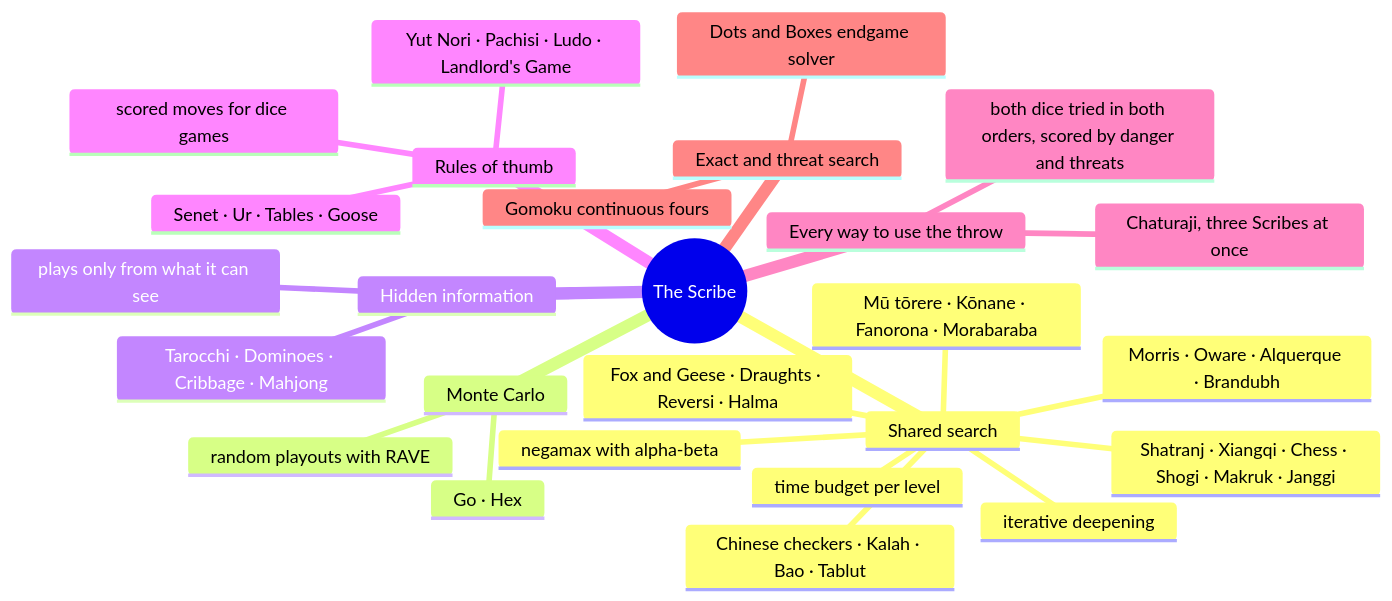
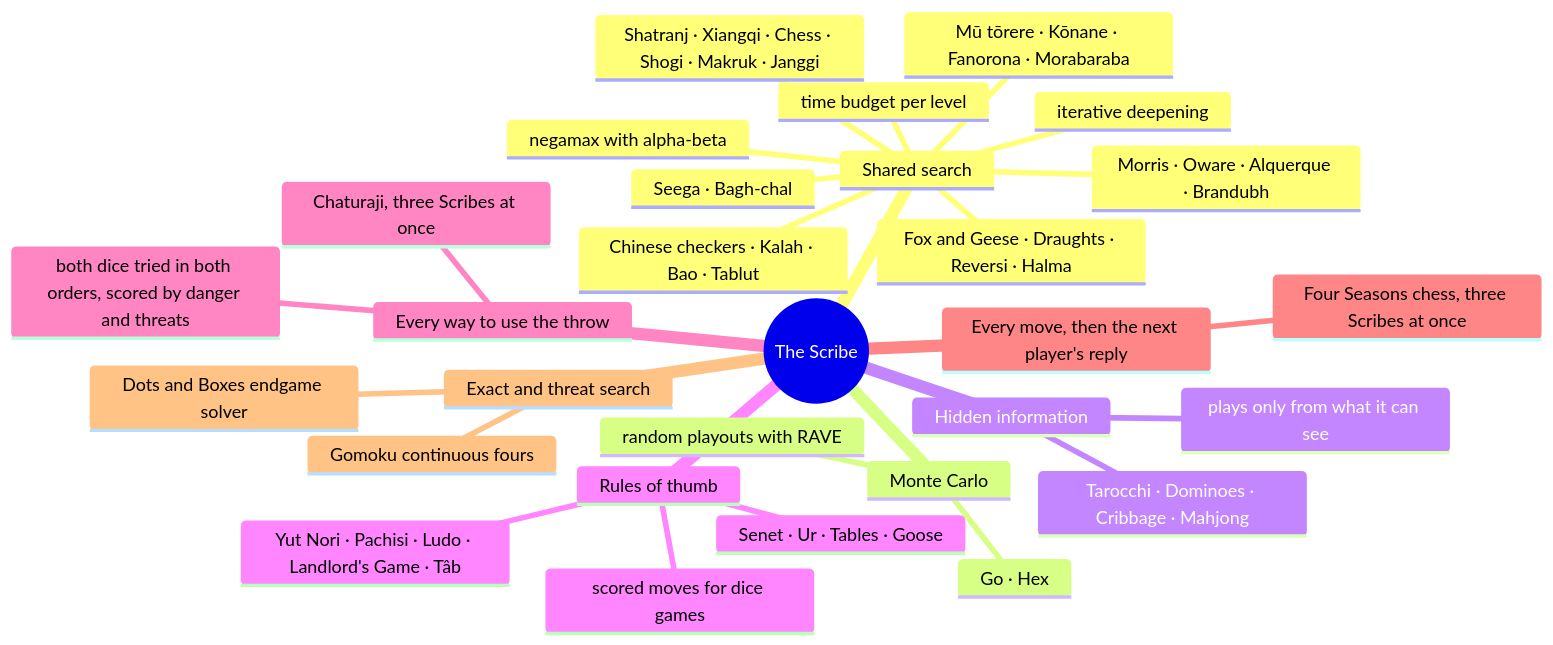
Before and after one commit to CptNope/Librarium-Archives: the first of 3 diagrams in docs/scribe.md, drawn with Mermaid. The commit also changed other lines of this file and 15 other files, not shown here.

First line of the commit message:
Add Seega, Tâb, Bagh-chal and Four Seasons chess (work in progress)

````diff
--- a/docs/scribe.md
+++ b/docs/scribe.md
@@ -5,29 +5,32 @@
 ```mermaid
 mindmap
   root((The Scribe))
     Shared search
       negamax with alpha-beta
       iterative deepening
       time budget per level
       Morris · Oware · Alquerque · Brandubh
       Shatranj · Xiangqi · Chess · Shogi · Makruk · Janggi
       Fox and Geese · Draughts · Reversi · Halma
       Chinese checkers · Kalah · Bao · Tablut
       Mū tōrere · Kōnane · Fanorona · Morabaraba
+      Seega · Bagh-chal
     Monte Carlo
       random playouts with RAVE
       Go · Hex
     Hidden information
       plays only from what it can see
       Tarocchi · Dominoes · Cribbage · Mahjong
     Rules of thumb
       scored moves for dice games
       Senet · Ur · Tables · Goose
-      Yut Nori · Pachisi · Ludo · Landlord's Game
+      Yut Nori · Pachisi · Ludo · Landlord's Game · Tâb
     Every way to use the throw
       both dice tried in both orders, scored by danger and threats
       Chaturaji, three Scribes at once
+    Every move, then the next player's reply
+      Four Seasons chess, three Scribes at once
     Exact and threat search
       Dots and Boxes endgame solver
       Gomoku continuous fours
 ```
````
